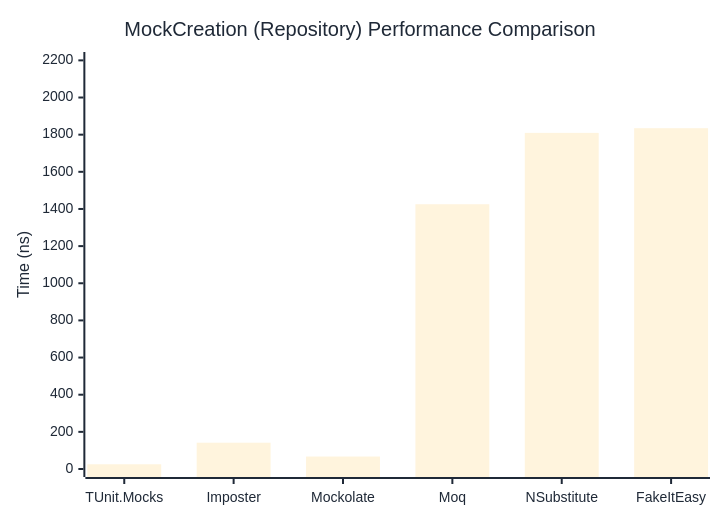
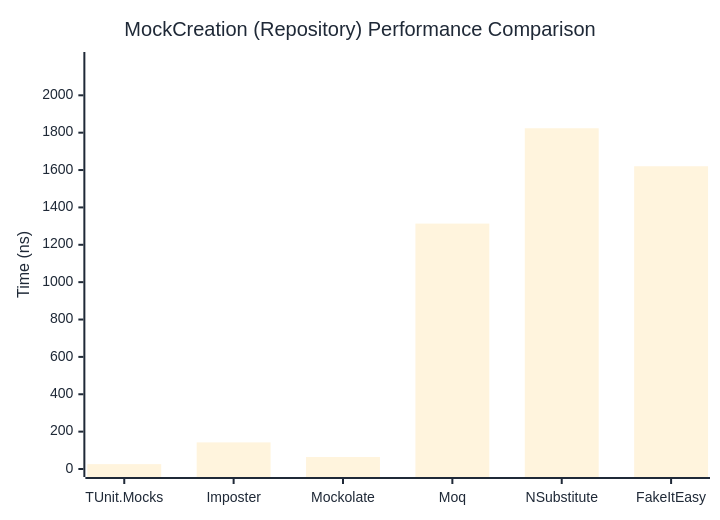
One commit to thomhurst/TUnit changed the second of 2 diagrams in docs/docs/benchmarks/mocks/MockCreation.md. Above: the diagram before and after it, drawn with Mermaid. The commit also changed other lines of this file and 14 other files, not shown here.

````diff
--- a/docs/docs/benchmarks/mocks/MockCreation.md
+++ b/docs/docs/benchmarks/mocks/MockCreation.md
@@ -69,27 +69,27 @@
 ```mermaid
 %%{init: {
   'theme':'base',
   'themeVariables': {
     'primaryColor': '#2563eb',
     'primaryTextColor': '#1f2937',
     'primaryBorderColor': '#1e40af',
     'lineColor': '#6b7280',
     'secondaryColor': '#7c3aed',
     'tertiaryColor': '#dc2626',
     'background': '#ffffff',
     'pie1': '#2563eb',
     'pie2': '#7c3aed',
     'pie3': '#dc2626',
     'pie4': '#f59e0b',
     'pie5': '#10b981',
     'pie6': '#06b6d4',
     'pie7': '#ec4899',
     'pie8': '#6366f1'
   }
 }}%%
 xychart-beta
   title "MockCreation (Repository) Performance Comparison"
   x-axis ["TUnit.Mocks", "Imposter", "Mockolate", "Moq", "NSubstitute", "FakeItEasy"]
-  y-axis "Time (ns)" 0 --> 2202
-  bar [25.52, 141.55, 67.18, 1425.41, 1809.59, 1834.84]
+  y-axis "Time (ns)" 0 --> 2189
+  bar [26.03, 142.36, 64.27, 1313.44, 1823.71, 1620.42]
 ```
````
